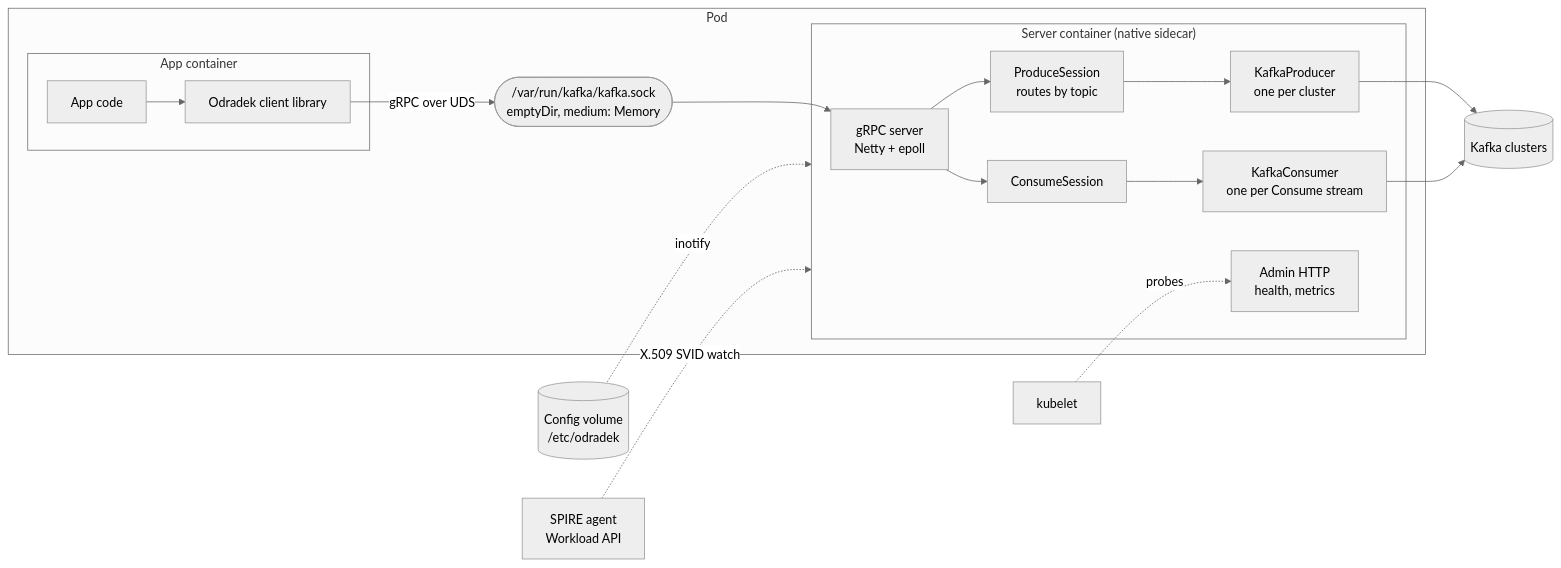
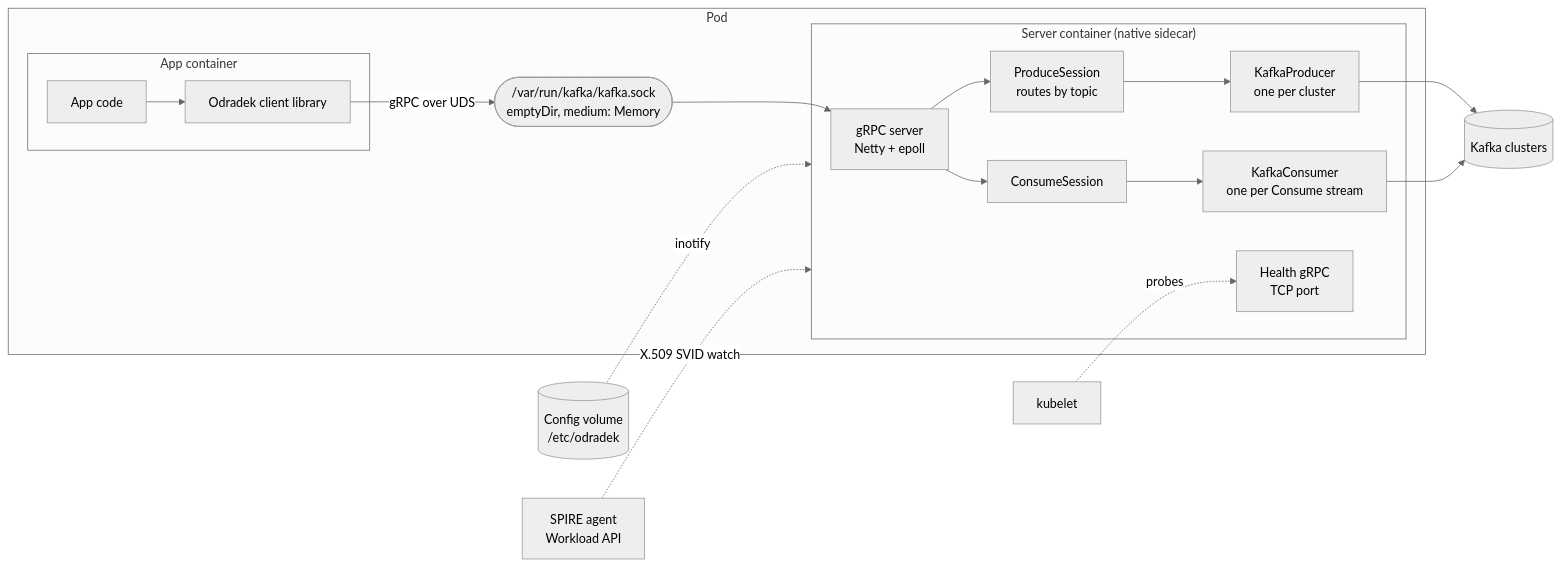
Before and after one commit to bpalermo/odradek: the first of 3 diagrams in docs/design.md, drawn with Mermaid (neutral theme). The commit also changed other lines of this file and 24 other files, not shown here.

First line of the commit message:
mTLS credentials from the SPIFFE Workload API, and a gRPC health service (#21)

````diff
--- a/docs/design.md
+++ b/docs/design.md
@@ -31,27 +31,27 @@
 ```mermaid
 flowchart LR
   subgraph pod["Pod"]
     subgraph app["App container"]
       code["App code"]
       lib["Odradek client library"]
       code --> lib
     end
     sock(["/var/run/kafka/kafka.sock<br/>emptyDir, medium: Memory"])
     subgraph server["Server container (native sidecar)"]
       grpc["gRPC server<br/>Netty + epoll"]
       ps["ProduceSession<br/>routes by topic"]
       cs["ConsumeSession"]
       prod["KafkaProducer<br/>one per cluster"]
       cons["KafkaConsumer<br/>one per Consume stream"]
-      admin["Admin HTTP<br/>health, metrics"]
+      admin["Health gRPC<br/>TCP port"]
       grpc --> ps --> prod
       grpc --> cs --> cons
     end
     lib -- "gRPC over UDS" --> sock --> grpc
   end
   cfg[("Config volume<br/>/etc/odradek")] -. "inotify" .-> server
   spire["SPIRE agent<br/>Workload API"] -. "X.509 SVID watch" .-> server
   kubelet["kubelet"] -. "probes" .-> admin
   prod --> brokers[("Kafka clusters")]
   cons --> brokers
 ```
````
